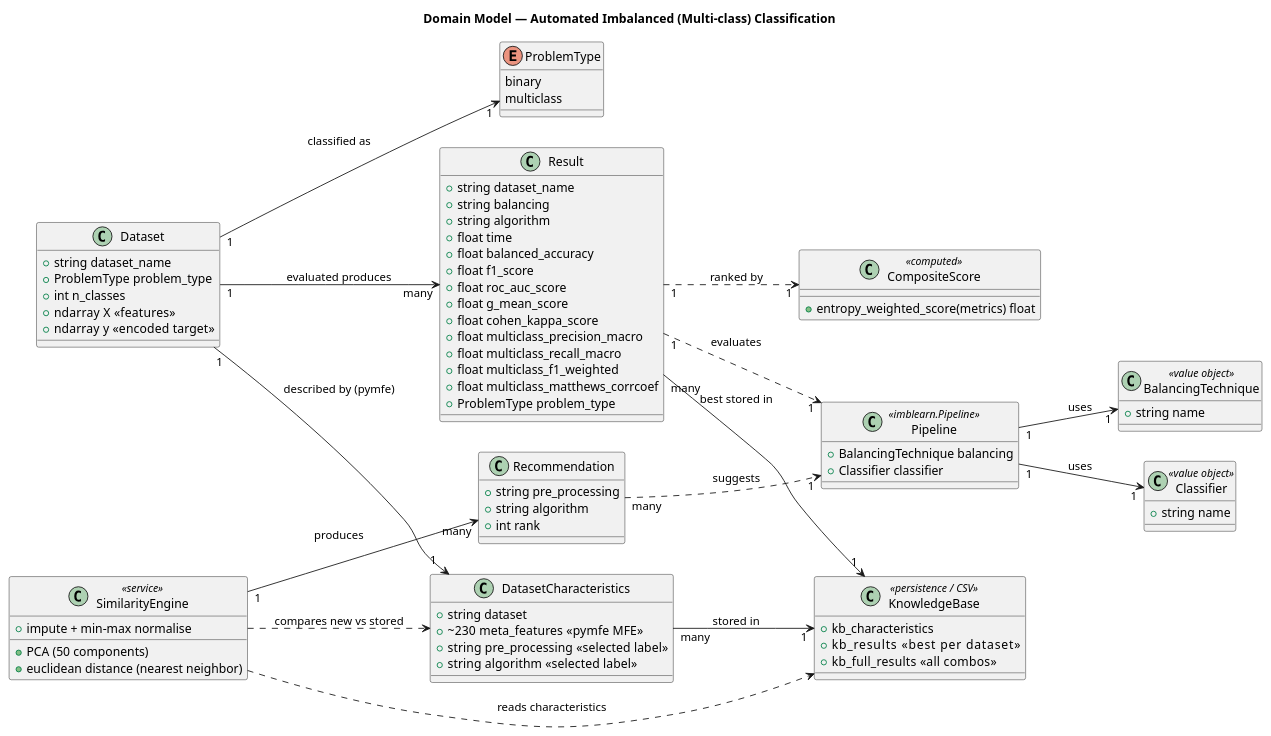
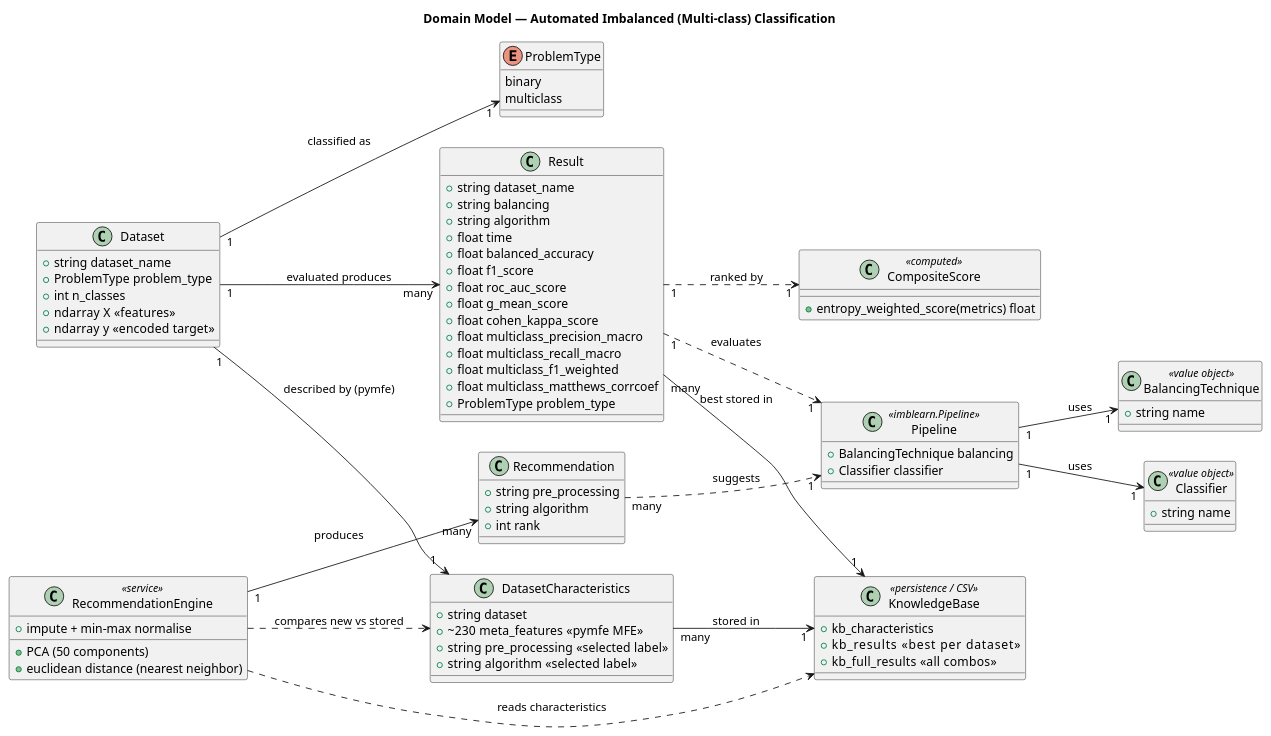
One commit to LucasRoesner503/automated-imbalanced-multi-class-classification changed the diagram in docs/domain-model.puml. Above: the diagram before and after it, drawn with PlantUML. The commit also changed 18 other files, not shown here.

```diff
--- a/docs/domain-model.puml
+++ b/docs/domain-model.puml
@@ -1,96 +1,96 @@
 @startuml domain-model
 title Domain Model — Automated Imbalanced (Multi-class) Classification
 
 left to right direction
 
 class Dataset {
     +string dataset_name
     +ProblemType problem_type
     +int n_classes
     +ndarray X  <<features>>
     +ndarray y  <<encoded target>>
 }
 
 enum ProblemType {
     binary
     multiclass
 }
 
 class DatasetCharacteristics {
     +string dataset
     +~230 meta_features  <<pymfe MFE>>
     +string pre_processing  <<selected label>>
     +string algorithm  <<selected label>>
 }
 
 class BalancingTechnique <<value object>> {
     +string name
 }
 
 class Classifier <<value object>> {
     +string name
 }
 
 class Pipeline <<imblearn.Pipeline>> {
     +BalancingTechnique balancing
     +Classifier classifier
 }
 
 class Result {
     +string dataset_name
     +string balancing
     +string algorithm
     +float time
     +float balanced_accuracy
     +float f1_score
     +float roc_auc_score
     +float g_mean_score
     +float cohen_kappa_score
     +float multiclass_precision_macro
     +float multiclass_recall_macro
     +float multiclass_f1_weighted
     +float multiclass_matthews_corrcoef
     +ProblemType problem_type
 }
 
 class CompositeScore <<computed>> {
     +entropy_weighted_score(metrics) float
 }
 
 class KnowledgeBase <<persistence / CSV>> {
     +kb_characteristics
     +kb_results        <<best per dataset>>
     +kb_full_results   <<all combos>>
 }
 
 class Recommendation {
     +string pre_processing
     +string algorithm
     +int rank
 }
 
-class SimilarityEngine <<service>> {
+class RecommendationEngine <<service>> {
     +impute + min-max normalise
     +PCA (50 components)
     +euclidean distance (nearest neighbor)
 }
 
 Dataset "1" --> "1" ProblemType : classified as
 Dataset "1" --> "1" DatasetCharacteristics : described by (pymfe)
 
 Pipeline "1" --> "1" BalancingTechnique : uses
 Pipeline "1" --> "1" Classifier : uses
 
 Dataset "1" --> "many" Result : evaluated produces
 Result "1" ..> "1" Pipeline : evaluates
 Result "1" ..> "1" CompositeScore : ranked by
 
 Result "many" --> "1" KnowledgeBase : best stored in
 DatasetCharacteristics "many" --> "1" KnowledgeBase : stored in
 
-SimilarityEngine ..> KnowledgeBase : reads characteristics
-SimilarityEngine ..> DatasetCharacteristics : compares new vs stored
-SimilarityEngine "1" --> "many" Recommendation : produces
+RecommendationEngine ..> KnowledgeBase : reads characteristics
+RecommendationEngine ..> DatasetCharacteristics : compares new vs stored
+RecommendationEngine "1" --> "many" Recommendation : produces
 Recommendation "many" ..> "1" Pipeline : suggests
 
 @enduml
```
